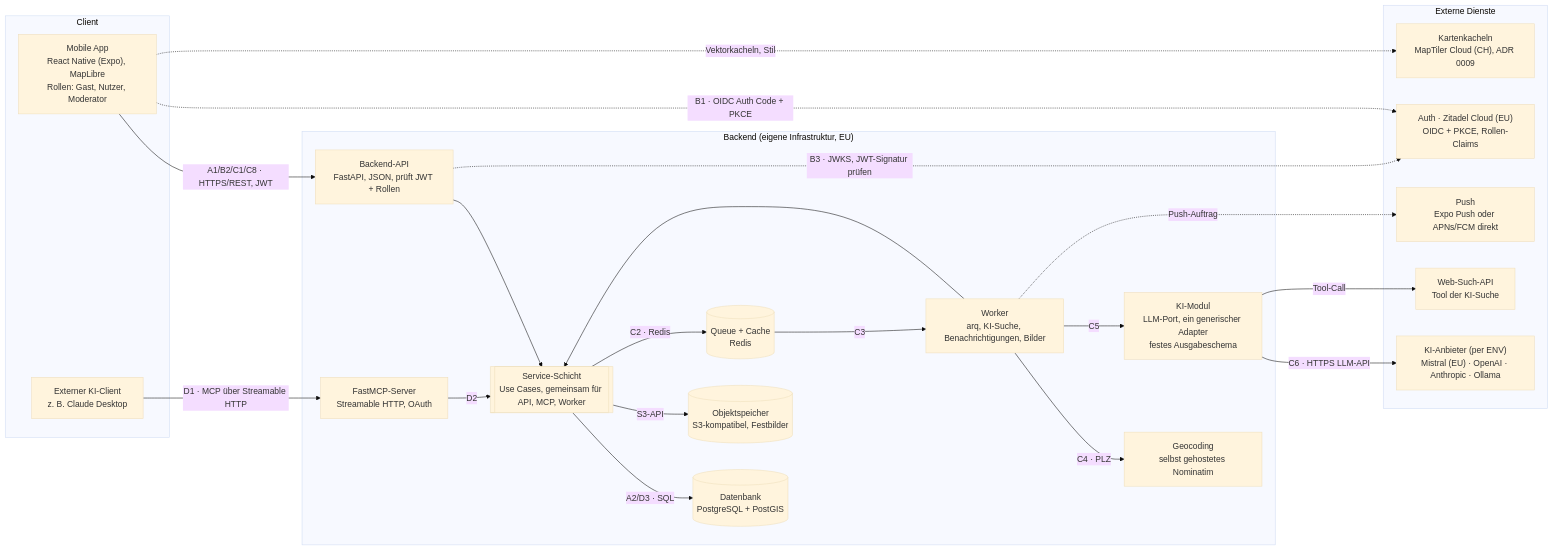
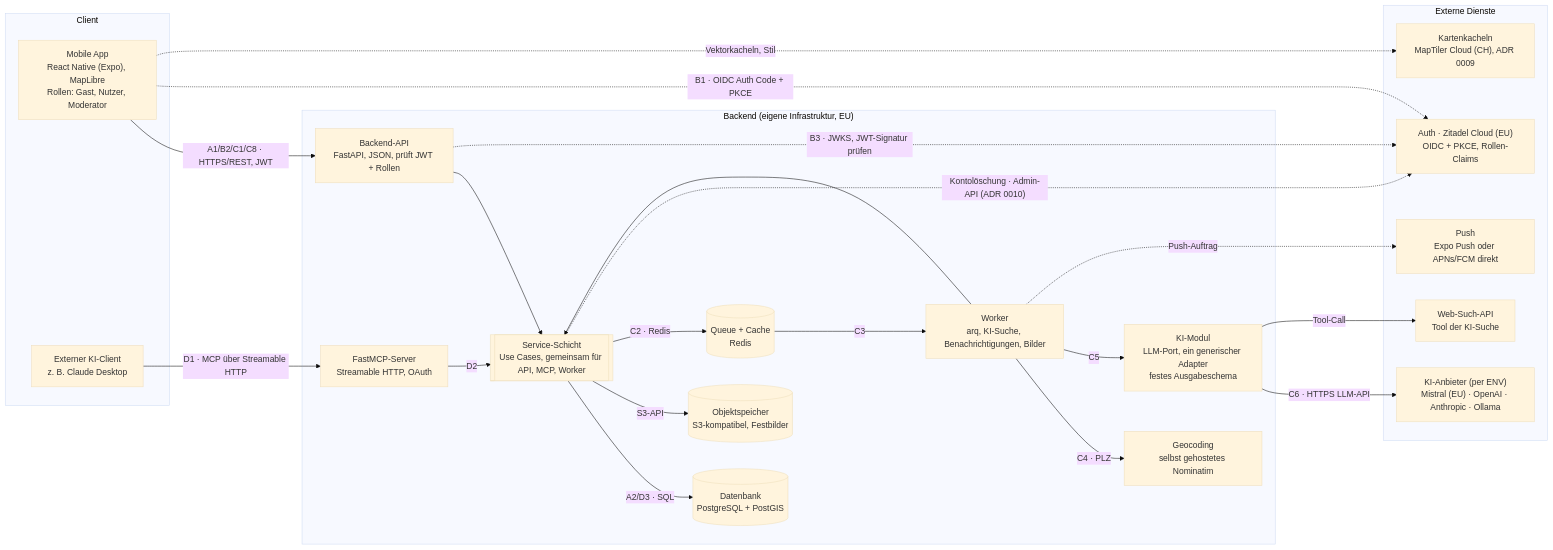
The diagram in 00-docs/20-architecture/system-architecture.md (Harpune/Stadtfest-Finder), drawn with Mermaid (base theme) before and after one commit. The commit also changed other lines of this file and 10 other files, not shown here.

````diff
--- a/00-docs/20-architecture/system-architecture.md
+++ b/00-docs/20-architecture/system-architecture.md
@@ -9,45 +9,46 @@
 ```mermaid
 flowchart LR
   subgraph Client
     APP["Mobile App<br/>React Native (Expo), MapLibre<br/>Rollen: Gast, Nutzer, Moderator"]
     MCPC["Externer KI-Client<br/>z. B. Claude Desktop"]
   end
 
   subgraph Backend["Backend (eigene Infrastruktur, EU)"]
     API["Backend-API<br/>FastAPI, JSON, prüft JWT + Rollen"]
     MCP["FastMCP-Server<br/>Streamable HTTP, OAuth"]
     SVC[["Service-Schicht<br/>Use Cases, gemeinsam für API, MCP, Worker"]]
     WRK["Worker<br/>arq, KI-Suche, Benachrichtigungen, Bilder"]
     DB[("Datenbank<br/>PostgreSQL + PostGIS")]
     OBJ[("Objektspeicher<br/>S3-kompatibel, Festbilder")]
     RED[("Queue + Cache<br/>Redis")]
     AI["KI-Modul<br/>LLM-Port, ein generischer Adapter<br/>festes Ausgabeschema"]
     GEO["Geocoding<br/>selbst gehostetes Nominatim"]
   end
 
   subgraph Extern["Externe Dienste"]
     IDP["Auth · Zitadel Cloud (EU)<br/>OIDC + PKCE, Rollen-Claims"]
     LLM["KI-Anbieter (per ENV)<br/>Mistral (EU) · OpenAI · Anthropic · Ollama"]
     WEB["Web-Such-API<br/>Tool der KI-Suche"]
     PUSH["Push<br/>Expo Push oder APNs/FCM direkt"]
     TILES["Kartenkacheln<br/>MapTiler Cloud (CH), ADR 0009"]
   end
 
   APP -- "A1/B2/C1/C8 · HTTPS/REST, JWT" --> API
   APP -. "B1 · OIDC Auth Code + PKCE" .-> IDP
   APP -. "Vektorkacheln, Stil" .-> TILES
   MCPC -- "D1 · MCP über Streamable HTTP" --> MCP
   API --> SVC
   MCP -- D2 --> SVC
   SVC -- "A2/D3 · SQL" --> DB
   SVC -- "S3-API" --> OBJ
   SVC -- "C2 · Redis" --> RED
   RED -- C3 --> WRK
   WRK --> SVC
   WRK -- "C4 · PLZ" --> GEO
   WRK -- C5 --> AI
   AI -- "C6 · HTTPS LLM-API" --> LLM
   AI -- "Tool-Call" --> WEB
   WRK -. "Push-Auftrag" .-> PUSH
   API -. "B3 · JWKS, JWT-Signatur prüfen" .-> IDP
+  SVC -. "Kontolöschung · Admin-API (ADR 0010)" .-> IDP
 ```
````
